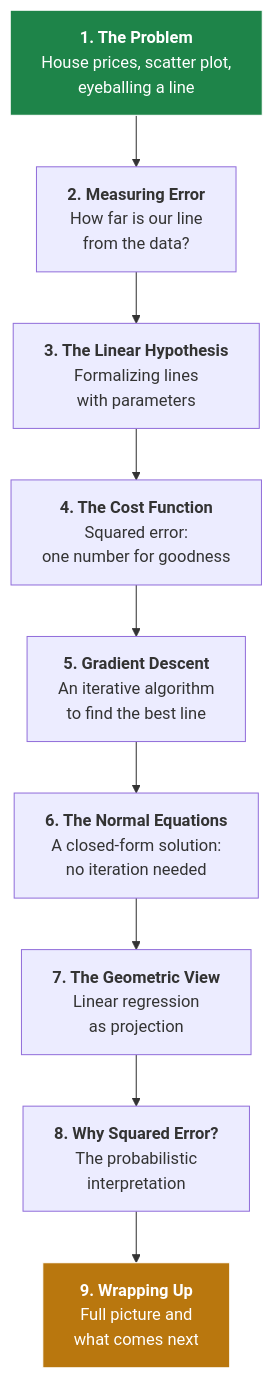
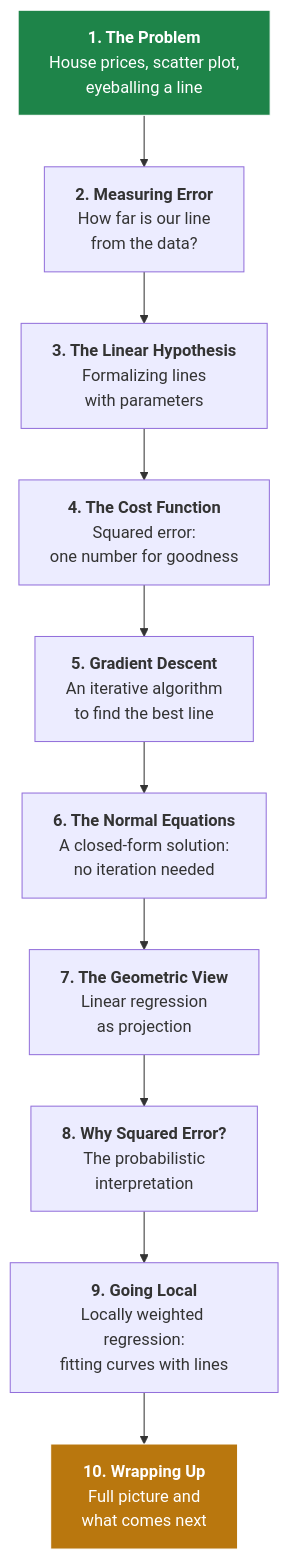
Before and after one commit to SushrutGaikwad/SushrutGaikwad.github.io: the first of 5 diagrams in blog/published/linear-regression/index.qmd, drawn with Mermaid. The commit also changed other lines of this file and 9 other files, not shown here.

First line of the commit message:
Add locally weighted regression to the linear regression post

````diff
--- a/blog/published/linear-regression/index.qmd
+++ b/blog/published/linear-regression/index.qmd
@@ -33,17 +33,18 @@
 ```{mermaid}
 %%| fig-align: center
 flowchart TB
     A["<b>1. The Problem</b><br/>House prices, scatter plot,<br/>eyeballing a line"]
     B["<b>2. Measuring Error</b><br/>How far is our line<br/>from the data?"]
     C["<b>3. The Linear Hypothesis</b><br/>Formalizing lines<br/>with parameters"]
     D["<b>4. The Cost Function</b><br/>Squared error:<br/>one number for goodness"]
     E["<b>5. Gradient Descent</b><br/>An iterative algorithm<br/>to find the best line"]
     F["<b>6. The Normal Equations</b><br/>A closed-form solution:<br/>no iteration needed"]
     G["<b>7. The Geometric View</b><br/>Linear regression<br/>as projection"]
     H["<b>8. Why Squared Error?</b><br/>The probabilistic<br/>interpretation"]
-    I["<b>9. Wrapping Up</b><br/>Full picture and<br/>what comes next"]
-    A --> B --> C --> D --> E --> F --> G --> H --> I
+    L["<b>9. Going Local</b><br/>Locally weighted regression:<br/>fitting curves with lines"]
+    I["<b>10. Wrapping Up</b><br/>Full picture and<br/>what comes next"]
+    A --> B --> C --> D --> E --> F --> G --> H --> L --> I
 
     style A fill:#1e8449,color:#fff,stroke:#fff
     style I fill:#b9770e,color:#fff,stroke:#fff
 ```
````
